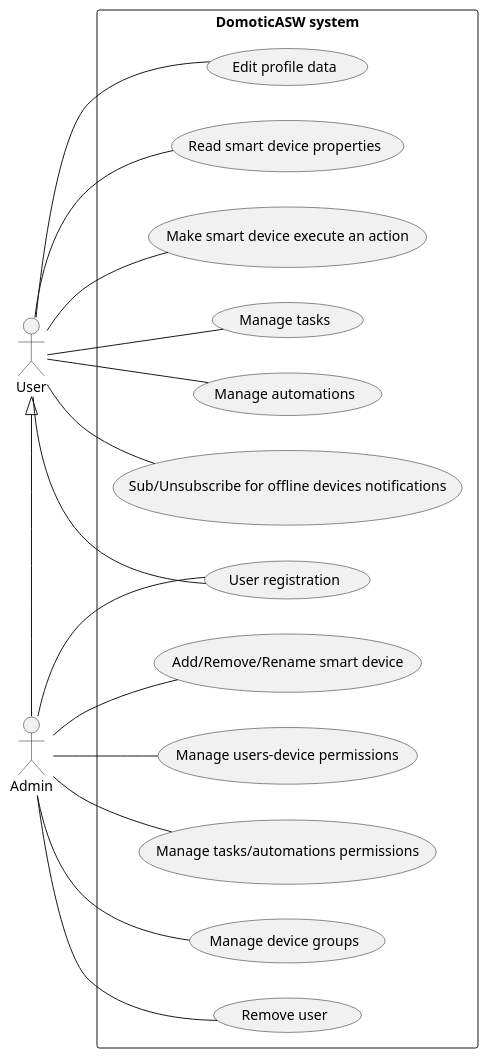
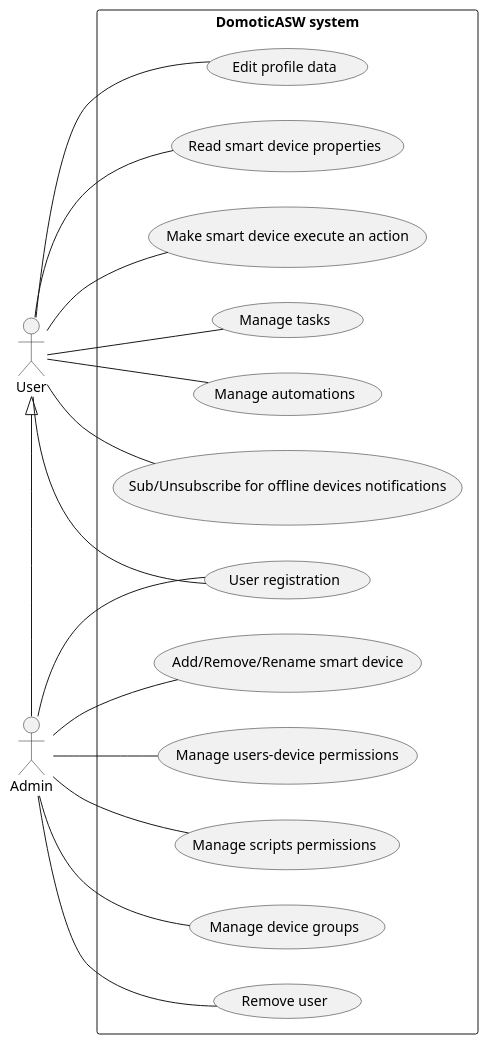
Before and after one commit to DomoticASW/.github: the diagram in diagrams/src/use-case.puml, drawn with PlantUML. The commit also changed 6 other files, not shown here.

```diff
--- a/diagrams/src/use-case.puml
+++ b/diagrams/src/use-case.puml
@@ -1,27 +1,27 @@
 @startuml use-case
 
 left to right direction
 
 actor User
 actor Admin
 
 Admin -l-|> User
 
 rectangle "DomoticASW system" {
     Admin -- (Add/Remove/Rename smart device)
     Admin -- (Manage users-device permissions)
-    Admin -- (Manage tasks/automations permissions)
+    Admin -- (Manage scripts permissions)
     usecase "User registration" as (registration)
     Admin -- (registration)
     User -- (registration)
     Admin -- (Remove user)
     Admin -- (Manage device groups)
     User -- (Edit profile data)
     User -- (Read smart device properties)
     User -- (Make smart device execute an action)
     User -- (Manage tasks)
     User -- (Manage automations)
     User -- (Sub/Unsubscribe for offline devices notifications)
 }
 
 @enduml
```
